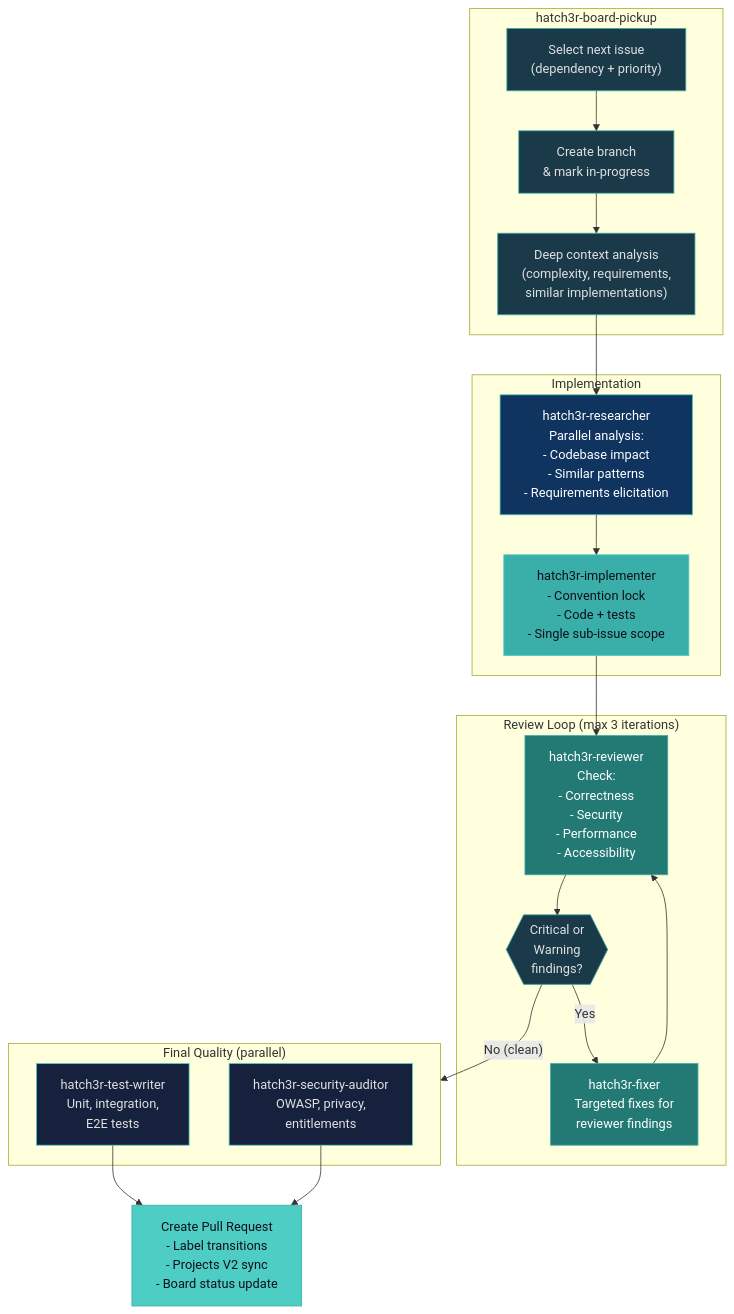
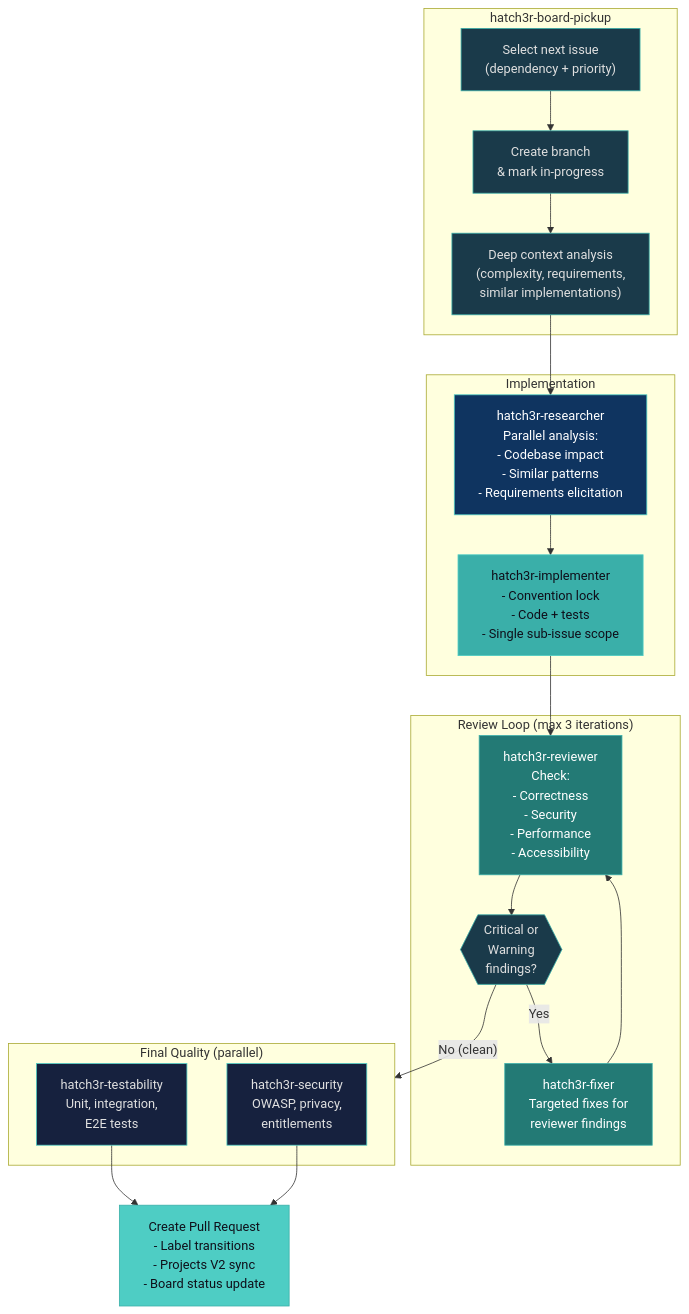
One commit to hatch3r/hatch3r changed the fourth of 5 diagrams in website/docs/guides/agentic-process.md. Above: the diagram before and after it, drawn with Mermaid. The commit also changed 148 other files, not shown here.

````diff
--- a/website/docs/guides/agentic-process.md
+++ b/website/docs/guides/agentic-process.md
@@ -103,44 +103,44 @@
 ```mermaid
 flowchart TB
     classDef default fill:#1a3a4a,stroke:#3aafa9,color:#e0e0e0
     classDef research fill:#0f3460,stroke:#4ecdc4,color:#fff
     classDef implement fill:#3aafa9,stroke:#4ecdc4,color:#0f0f1a
     classDef review fill:#237a75,stroke:#3aafa9,color:#fff
     classDef quality fill:#16213e,stroke:#4ecdc4,color:#e0e0e0
     classDef result fill:#4ecdc4,stroke:#3aafa9,color:#0f0f1a
 
     subgraph pickup["hatch3r-board-pickup"]
         select["Select next issue\n(dependency + priority)"]
         branch["Create branch\n& mark in-progress"]
         context["Deep context analysis\n(complexity, requirements,\nsimilar implementations)"]
     end
 
     subgraph impl["Implementation"]
         researcher["hatch3r-researcher\nParallel analysis:\n- Codebase impact\n- Similar patterns\n- Requirements elicitation"]:::research
         implementer["hatch3r-implementer\n- Convention lock\n- Code + tests\n- Single sub-issue scope"]:::implement
     end
 
     subgraph rev["Review Loop (max 3 iterations)"]
         reviewer["hatch3r-reviewer\nCheck:\n- Correctness\n- Security\n- Performance\n- Accessibility"]:::review
         decision{{"Critical or\nWarning\nfindings?"}}
         fixer["hatch3r-fixer\nTargeted fixes for\nreviewer findings"]:::review
     end
 
     subgraph qual["Final Quality (parallel)"]
-        tests["hatch3r-test-writer\nUnit, integration,\nE2E tests"]:::quality
-        security["hatch3r-security-auditor\nOWASP, privacy,\nentitlements"]:::quality
+        tests["hatch3r-testability\nUnit, integration,\nE2E tests"]:::quality
+        security["hatch3r-security\nOWASP, privacy,\nentitlements"]:::quality
     end
 
     pr["Create Pull Request\n- Label transitions\n- Projects V2 sync\n- Board status update"]:::result
 
     select --> branch --> context
     context --> researcher
     researcher --> implementer
     implementer --> reviewer
     reviewer --> decision
     decision -->|"Yes"| fixer
     fixer --> reviewer
     decision -->|"No (clean)"| qual
     tests --> pr
     security --> pr
 ```
````
